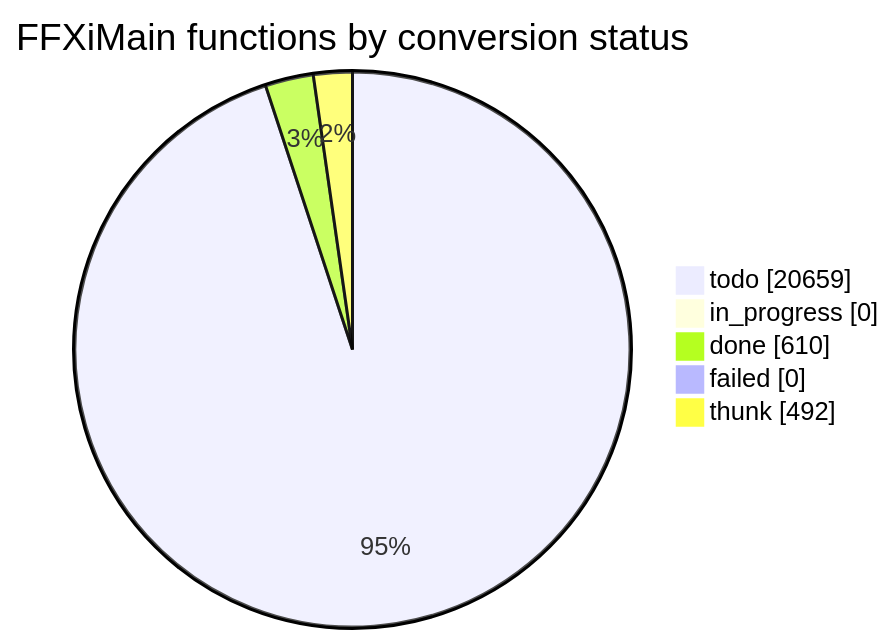
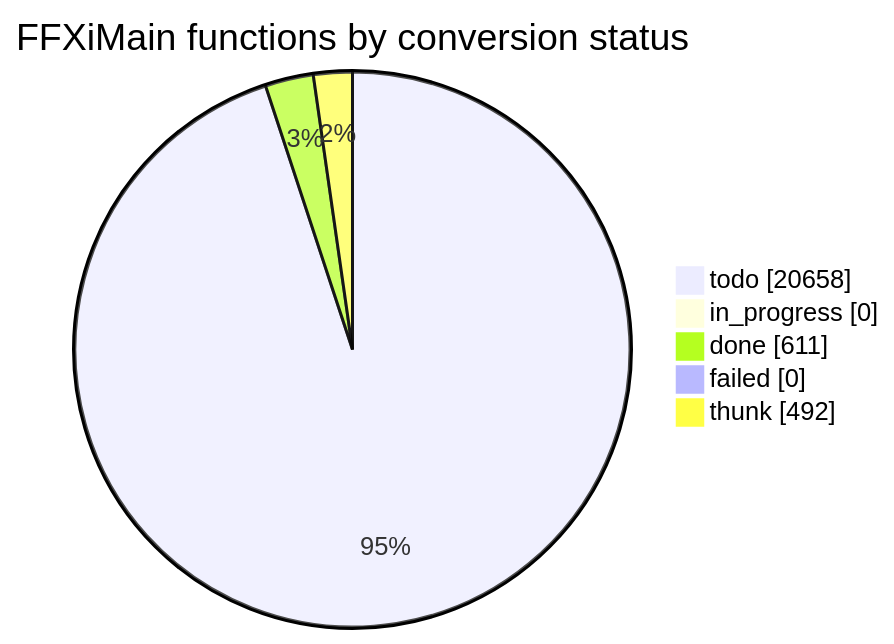
The diagram in docs/cow/STATUS.md (cowrevenge/cow_kuluu_xi_anything), drawn with Mermaid before and after one commit. The commit also changed other lines of this file and 9 other files, not shown here.

````diff
--- a/docs/cow/STATUS.md
+++ b/docs/cow/STATUS.md
@@ -18,9 +18,9 @@
 ```mermaid
 pie showData
     title FFXiMain functions by conversion status
-    "todo" : 20659
+    "todo" : 20658
     "in_progress" : 0
-    "done" : 610
+    "done" : 611
     "failed" : 0
     "thunk" : 492
 ```
````
